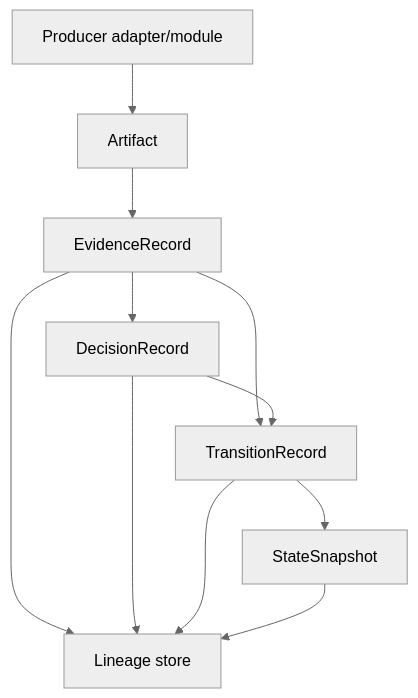
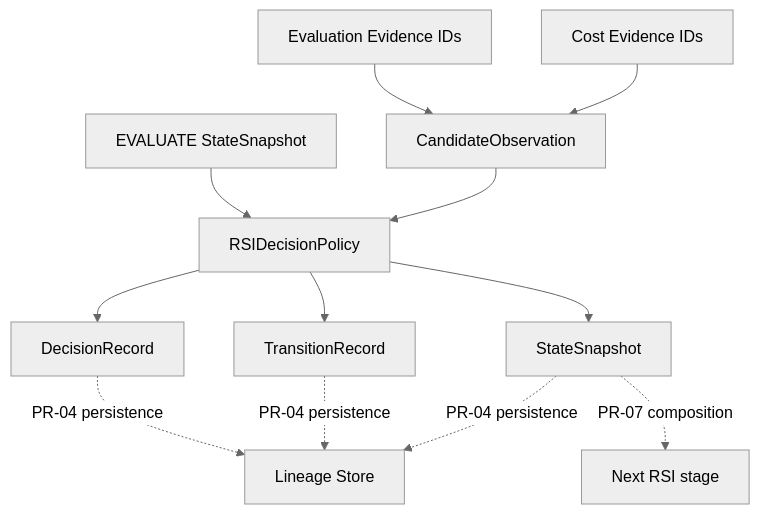
Before and after one commit to ed3c/post-training-rsi-pipeline: the seventh of 8 diagrams in docs/state-machine.md, drawn with Mermaid (neutral theme). The commit also changed other lines of this file, not shown here.

Commit message:
docs(state): add implemented PR 3 decision boundary and ownership

````diff
--- a/docs/state-machine.md
+++ b/docs/state-machine.md
@@ -221,13 +334,14 @@
 ```mermaid
 flowchart TD
-    P[Producer adapter/module] --> A[Artifact]
-    A --> ER[EvidenceRecord]
-    ER --> DR[DecisionRecord]
-    ER --> TR[TransitionRecord]
-    DR --> TR
-    TR --> SS[StateSnapshot]
-    ER --> LS[Lineage store]
-    DR --> LS
-    TR --> LS
-    SS --> LS
+    ES[EVALUATE StateSnapshot] --> P[RSIDecisionPolicy]
+    CO[CandidateObservation] --> P
+    EE[Evaluation Evidence IDs] --> CO
+    CE[Cost Evidence IDs] --> CO
+    P --> D[DecisionRecord]
+    P --> T[TransitionRecord]
+    P --> S[StateSnapshot]
+    D -. PR-04 persistence .-> L[Lineage Store]
+    T -. PR-04 persistence .-> L
+    S -. PR-04 persistence .-> L
+    S -. PR-07 composition .-> N[Next RSI stage]
 ```
````
